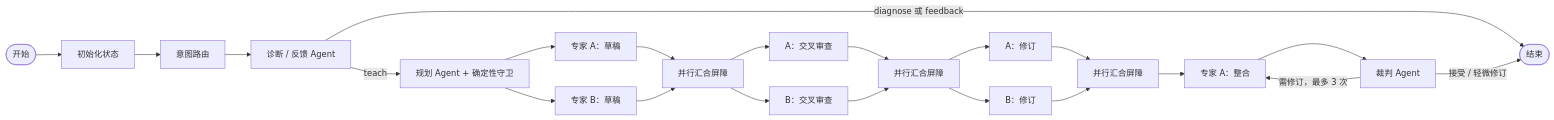
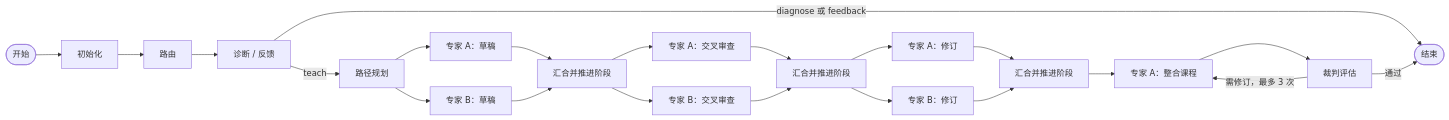
Before and after one commit to yuewen-ye/patent-tutor-agent: the second of 3 diagrams in docs/backend-system-design.md, drawn with Mermaid. The commit also changed other lines of this file and 1 other file, not shown here.

````diff
--- a/docs/backend-system-design.md
+++ b/docs/backend-system-design.md
@@ -138,24 +83,24 @@
 ```mermaid
 flowchart LR
-    Start([开始]) --> Init["初始化状态"]
-    Init --> Route["意图路由"]
-    Route --> Diagnose["诊断 / 反馈 Agent"]
-    Diagnose -->|"teach"| Plan["规划 Agent + 确定性守卫"]
-    Diagnose -->|"diagnose 或 feedback"| End([结束])
-    Plan --> A1["专家 A：草稿"]
-    Plan --> B1["专家 B：草稿"]
-    A1 --> Barrier1["并行汇合屏障"]
+    Start([开始]) --> Init["初始化"]
+    Init --> Route["路由"]
+    Route --> Diagnosis["诊断 / 反馈"]
+    Diagnosis -->|"teach"| Planner["路径规划"]
+    Diagnosis -->|"diagnose 或 feedback"| End([结束])
+    Planner --> A1["专家 A：草稿"]
+    Planner --> B1["专家 B：草稿"]
+    A1 --> Barrier1["汇合并推进阶段"]
     B1 --> Barrier1
-    Barrier1 --> A2["A：交叉审查"]
-    Barrier1 --> B2["B：交叉审查"]
-    A2 --> Barrier2["并行汇合屏障"]
+    Barrier1 --> A2["专家 A：交叉审查"]
+    Barrier1 --> B2["专家 B：交叉审查"]
+    A2 --> Barrier2["汇合并推进阶段"]
     B2 --> Barrier2
-    Barrier2 --> A3["A：修订"]
-    Barrier2 --> B3["B：修订"]
-    A3 --> Barrier3["并行汇合屏障"]
+    Barrier2 --> A3["专家 A：修订"]
+    Barrier2 --> B3["专家 B：修订"]
+    A3 --> Barrier3["汇合并推进阶段"]
     B3 --> Barrier3
-    Barrier3 --> Integrate["专家 A：整合"]
-    Integrate --> Judge["裁判 Agent"]
-    Judge -->|"接受 / 轻微修订"| End
+    Barrier3 --> Integrate["专家 A：整合课程"]
+    Integrate --> Judge["裁判评估"]
+    Judge -->|"通过"| End
     Judge -->|"需修订，最多 3 次"| Integrate
 ```
````
